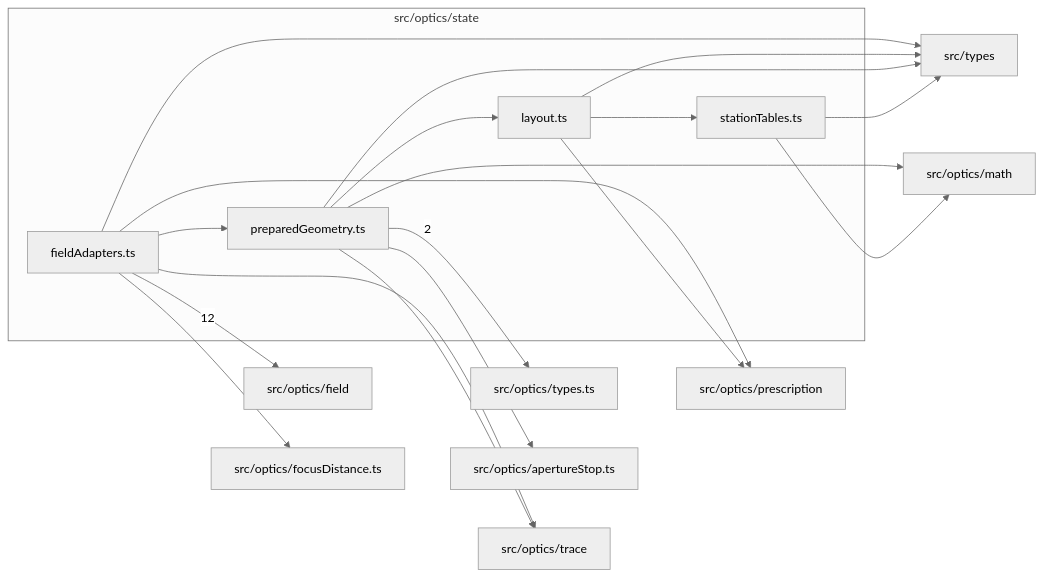
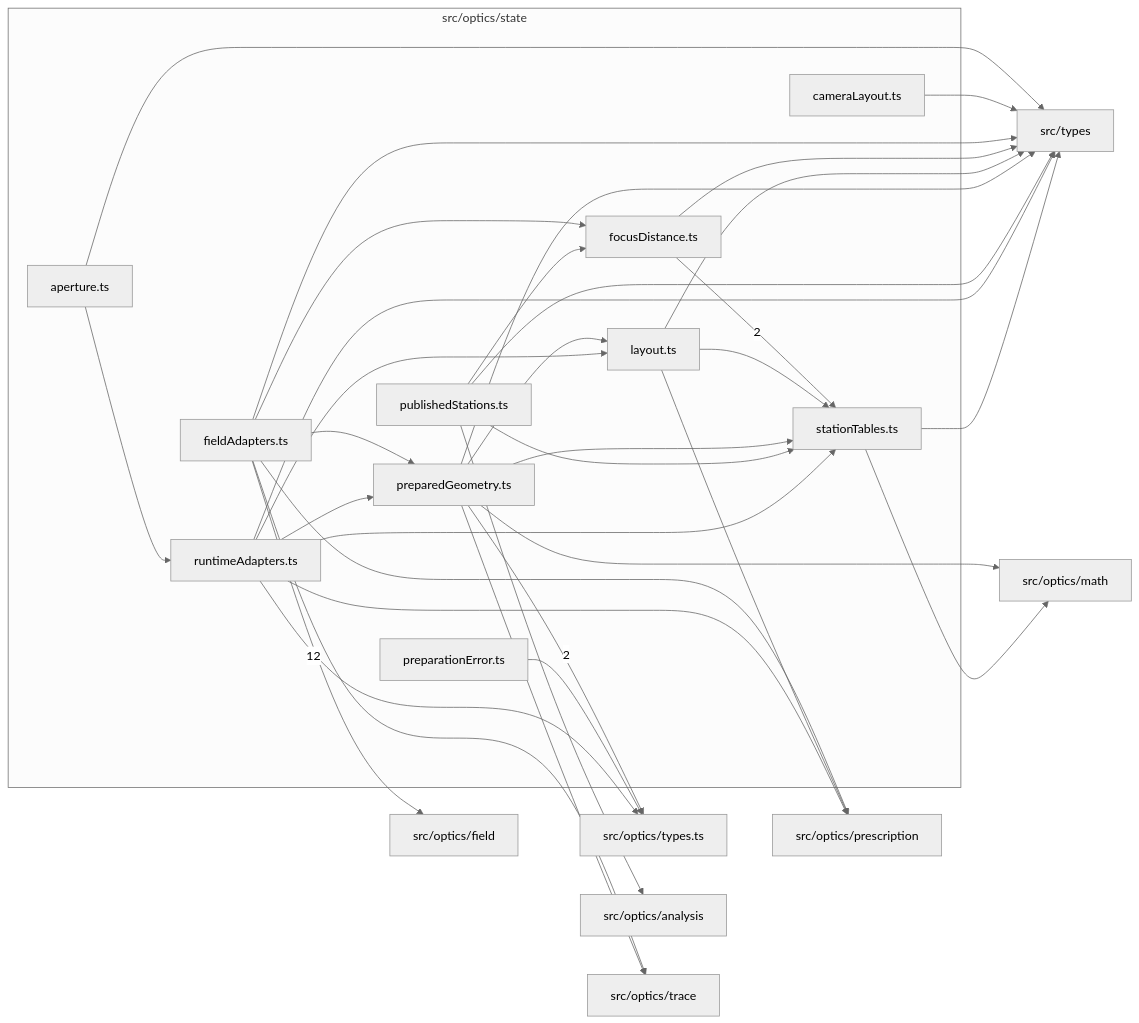
The diagram in src/optics/state/readme.md (ronbuening/LensVisualizer), drawn with Mermaid (neutral theme) before and after one commit. The commit also changed other lines of this file and 439 other files, not shown here.

````diff
--- a/src/optics/state/readme.md
+++ b/src/optics/state/readme.md
@@ -9,34 +9,55 @@
 ```mermaid
 flowchart LR
   subgraph n_src_optics_state["src/optics/state"]
+    n_src_optics_state_src_optics_state_aperture_ts["aperture.ts"]
+    n_src_optics_state_src_optics_state_cameraLayout_ts["cameraLayout.ts"]
     n_src_optics_state_src_optics_state_fieldAdapters_ts["fieldAdapters.ts"]
+    n_src_optics_state_src_optics_state_focusDistance_ts["focusDistance.ts"]
     n_src_optics_state_src_optics_state_layout_ts["layout.ts"]
+    n_src_optics_state_src_optics_state_preparationError_ts["preparationError.ts"]
     n_src_optics_state_src_optics_state_preparedGeometry_ts["preparedGeometry.ts"]
+    n_src_optics_state_src_optics_state_publishedStations_ts["publishedStations.ts"]
+    n_src_optics_state_src_optics_state_runtimeAdapters_ts["runtimeAdapters.ts"]
     n_src_optics_state_src_optics_state_stationTables_ts["stationTables.ts"]
   end
   n_external_src_optics_field["src/optics/field"]
   n_external_src_optics_types_ts["src/optics/types.ts"]
-  n_external_src_optics_apertureStop_ts["src/optics/apertureStop.ts"]
-  n_external_src_optics_focusDistance_ts["src/optics/focusDistance.ts"]
+  n_external_src_optics_analysis["src/optics/analysis"]
   n_external_src_optics_math["src/optics/math"]
   n_external_src_optics_prescription["src/optics/prescription"]
   n_external_src_optics_trace["src/optics/trace"]
   n_external_src_types["src/types"]
   n_src_optics_state_src_optics_state_fieldAdapters_ts --> |12| n_external_src_optics_field
   n_src_optics_state_src_optics_state_preparedGeometry_ts --> |2| n_external_src_optics_types_ts
-  n_src_optics_state_src_optics_state_preparedGeometry_ts --> n_external_src_optics_apertureStop_ts
-  n_src_optics_state_src_optics_state_fieldAdapters_ts --> n_external_src_optics_focusDistance_ts
+  n_src_optics_state_src_optics_state_focusDistance_ts --> |2| n_src_optics_state_src_optics_state_stationTables_ts
+  n_src_optics_state_src_optics_state_publishedStations_ts --> n_external_src_optics_analysis
   n_src_optics_state_src_optics_state_preparedGeometry_ts --> n_external_src_optics_math
   n_src_optics_state_src_optics_state_stationTables_ts --> n_external_src_optics_math
   n_src_optics_state_src_optics_state_fieldAdapters_ts --> n_external_src_optics_prescription
   n_src_optics_state_src_optics_state_layout_ts --> n_external_src_optics_prescription
+  n_src_optics_state_src_optics_state_runtimeAdapters_ts --> n_external_src_optics_prescription
   n_src_optics_state_src_optics_state_fieldAdapters_ts --> n_external_src_optics_trace
   n_src_optics_state_src_optics_state_preparedGeometry_ts --> n_external_src_optics_trace
+  n_src_optics_state_src_optics_state_preparationError_ts --> n_external_src_optics_types_ts
+  n_src_optics_state_src_optics_state_runtimeAdapters_ts --> n_external_src_optics_types_ts
+  n_src_optics_state_src_optics_state_aperture_ts --> n_external_src_types
+  n_src_optics_state_src_optics_state_cameraLayout_ts --> n_external_src_types
   n_src_optics_state_src_optics_state_fieldAdapters_ts --> n_external_src_types
+  n_src_optics_state_src_optics_state_focusDistance_ts --> n_external_src_types
   n_src_optics_state_src_optics_state_layout_ts --> n_external_src_types
   n_src_optics_state_src_optics_state_preparedGeometry_ts --> n_external_src_types
+  n_src_optics_state_src_optics_state_publishedStations_ts --> n_external_src_types
+  n_src_optics_state_src_optics_state_runtimeAdapters_ts --> n_external_src_types
   n_src_optics_state_src_optics_state_stationTables_ts --> n_external_src_types
+  n_src_optics_state_src_optics_state_fieldAdapters_ts --> n_src_optics_state_src_optics_state_focusDistance_ts
+  n_src_optics_state_src_optics_state_publishedStations_ts --> n_src_optics_state_src_optics_state_focusDistance_ts
   n_src_optics_state_src_optics_state_preparedGeometry_ts --> n_src_optics_state_src_optics_state_layout_ts
+  n_src_optics_state_src_optics_state_runtimeAdapters_ts --> n_src_optics_state_src_optics_state_layout_ts
   n_src_optics_state_src_optics_state_fieldAdapters_ts --> n_src_optics_state_src_optics_state_preparedGeometry_ts
+  n_src_optics_state_src_optics_state_runtimeAdapters_ts --> n_src_optics_state_src_optics_state_preparedGeometry_ts
+  n_src_optics_state_src_optics_state_aperture_ts --> n_src_optics_state_src_optics_state_runtimeAdapters_ts
   n_src_optics_state_src_optics_state_layout_ts --> n_src_optics_state_src_optics_state_stationTables_ts
+  n_src_optics_state_src_optics_state_preparedGeometry_ts --> n_src_optics_state_src_optics_state_stationTables_ts
+  n_src_optics_state_src_optics_state_publishedStations_ts --> n_src_optics_state_src_optics_state_stationTables_ts
+  n_src_optics_state_src_optics_state_runtimeAdapters_ts --> n_src_optics_state_src_optics_state_stationTables_ts
 ```
````
